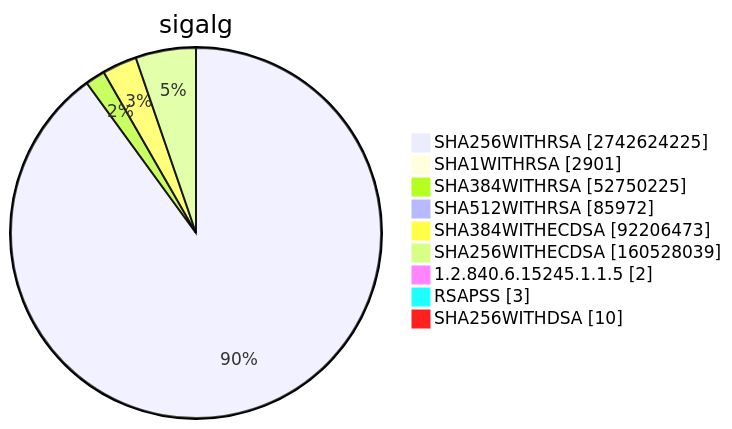
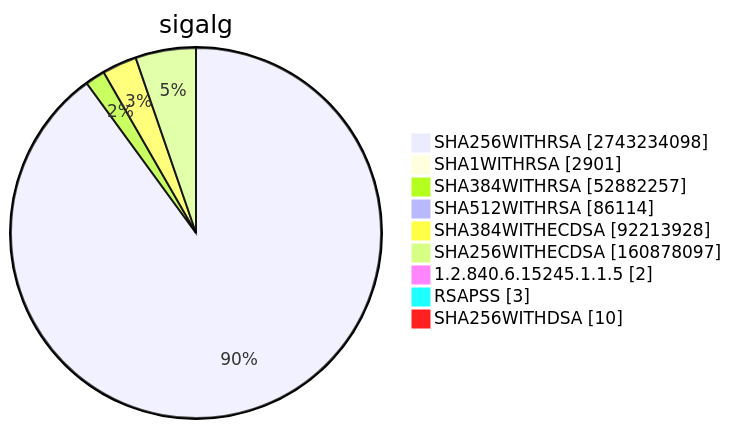
Diagram 15 of 15 in TOTAL/README.md (christiankrug/ctmonitor_visualization), drawn with Mermaid before and after one commit. The commit also changed other lines of this file, not shown here.

````diff
--- a/TOTAL/README.md
+++ b/TOTAL/README.md
@@ -6206,13 +6206,13 @@
 ```mermaid
 pie showData
 title sigalg
-"SHA256WITHRSA" :2742624225
+"SHA256WITHRSA" :2743234098
 "SHA1WITHRSA" :2901
-"SHA384WITHRSA" :52750225
-"SHA512WITHRSA" :85972
-"SHA384WITHECDSA" :92206473
-"SHA256WITHECDSA" :160528039
+"SHA384WITHRSA" :52882257
+"SHA512WITHRSA" :86114
+"SHA384WITHECDSA" :92213928
+"SHA256WITHECDSA" :160878097
 "1.2.840.6.15245.1.1.5" :2
 "RSAPSS" :3
 "SHA256WITHDSA" :10
 ```
````
